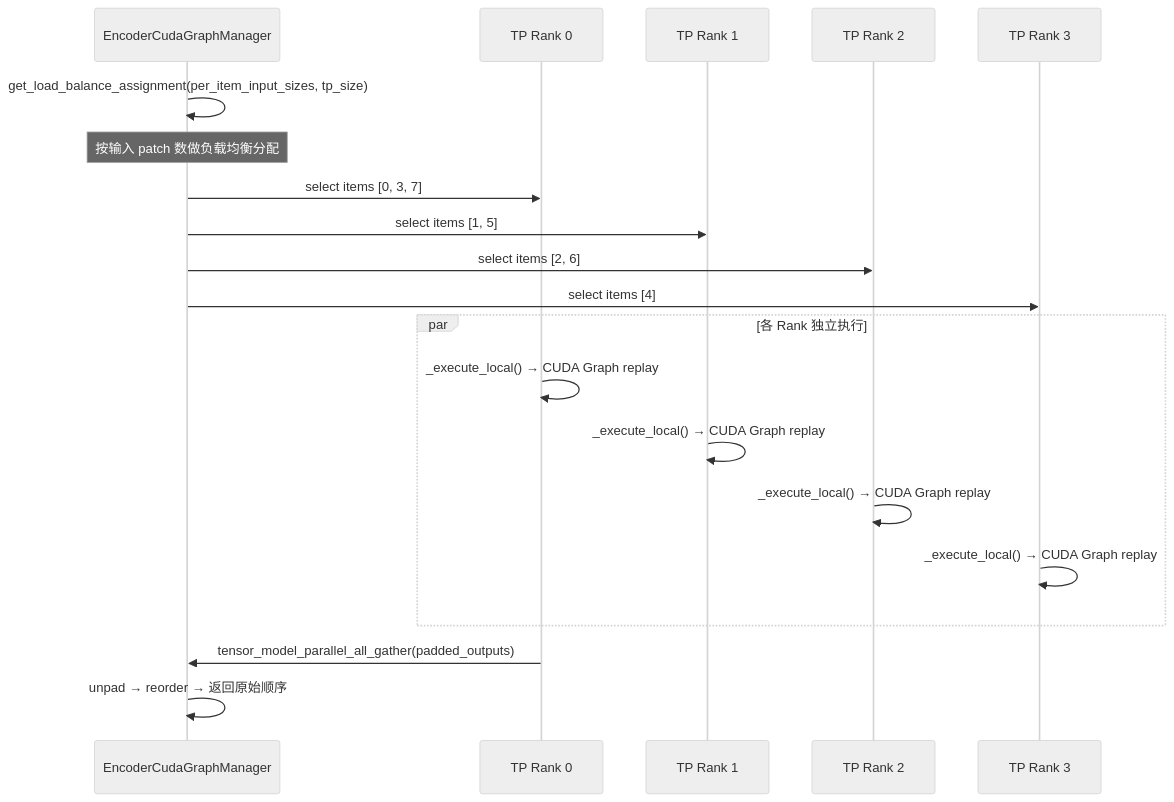
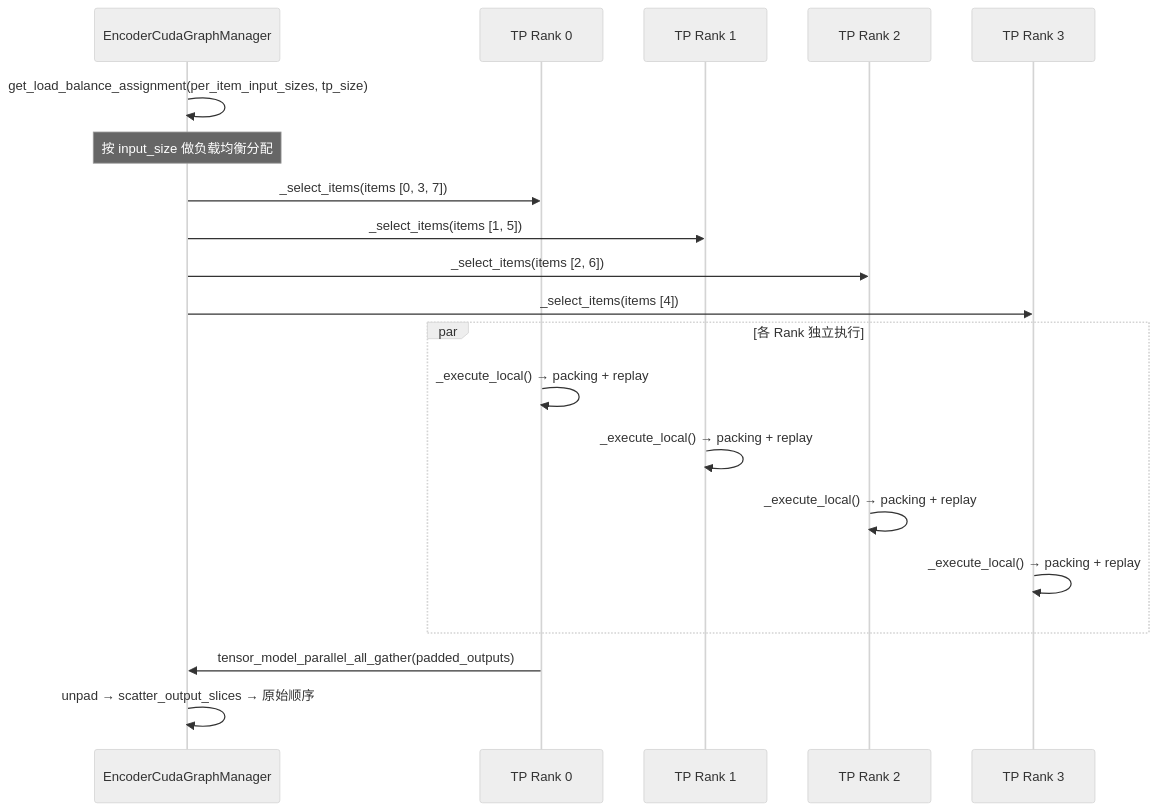
The eighth of 9 diagrams in skills/vllm-feature-tutorial/outputs/vit_full_cuda_graph.md (shen-shanshan/vllm-dev-skills), drawn with Mermaid (neutral theme) before and after one commit. The commit also changed other lines of this file, not shown here.

Commit message:
Update vit cuda graph doc

````diff
--- a/skills/vllm-feature-tutorial/outputs/vit_full_cuda_graph.md
+++ b/skills/vllm-feature-tutorial/outputs/vit_full_cuda_graph.md
@@ -662,25 +1010,25 @@
 ```mermaid
 sequenceDiagram
     participant Mgr as EncoderCudaGraphManager
     participant R0 as TP Rank 0
     participant R1 as TP Rank 1
     participant R2 as TP Rank 2
     participant R3 as TP Rank 3
 
     Mgr->>Mgr: get_load_balance_assignment(per_item_input_sizes, tp_size)
-    Note over Mgr: 按输入 patch 数做负载均衡分配
-    Mgr->>R0: select items [0, 3, 7]
-    Mgr->>R1: select items [1, 5]
-    Mgr->>R2: select items [2, 6]
-    Mgr->>R3: select items [4]
+    Note over Mgr: 按 input_size 做负载均衡分配
+    Mgr->>R0: _select_items(items [0, 3, 7])
+    Mgr->>R1: _select_items(items [1, 5])
+    Mgr->>R2: _select_items(items [2, 6])
+    Mgr->>R3: _select_items(items [4])
 
     par 各 Rank 独立执行
-        R0->>R0: _execute_local() → CUDA Graph replay
-        R1->>R1: _execute_local() → CUDA Graph replay
-        R2->>R2: _execute_local() → CUDA Graph replay
-        R3->>R3: _execute_local() → CUDA Graph replay
+        R0->>R0: _execute_local() → packing + replay
+        R1->>R1: _execute_local() → packing + replay
+        R2->>R2: _execute_local() → packing + replay
+        R3->>R3: _execute_local() → packing + replay
     end
 
     R0->>Mgr: tensor_model_parallel_all_gather(padded_outputs)
-    Mgr->>Mgr: unpad → reorder → 返回原始顺序
+    Mgr->>Mgr: unpad → scatter_output_slices → 原始顺序
 ```
````
